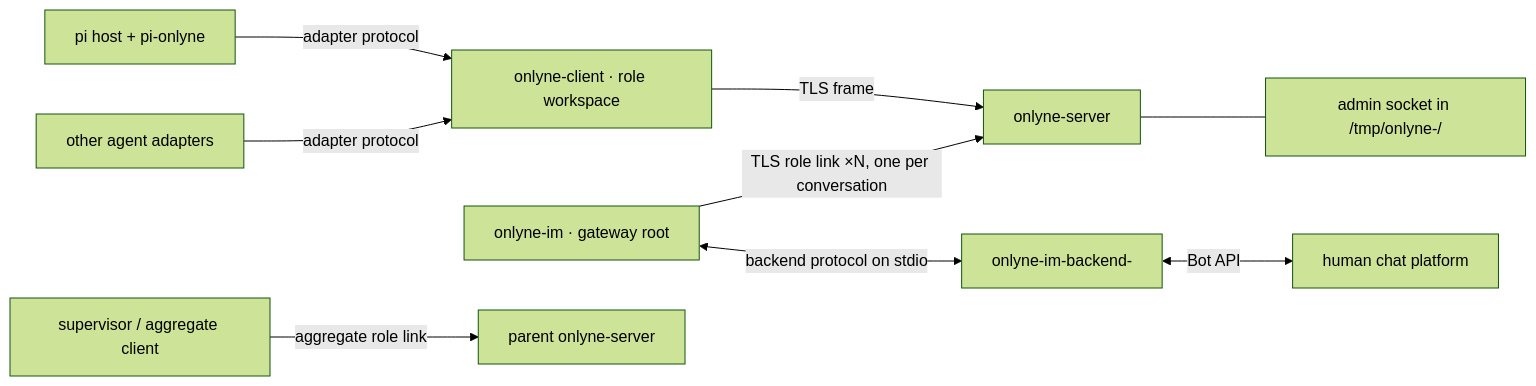
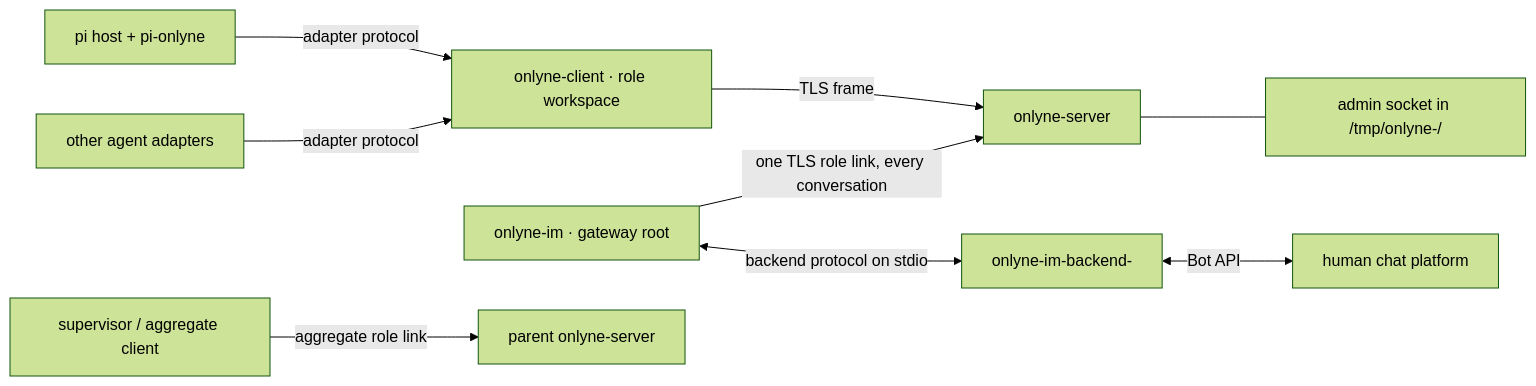
The second of 2 diagrams in README.md (dbydd/onlyne), drawn with Mermaid (forest theme) before and after one commit. The commit also changed other lines of this file and 64 other files, not shown here.

````diff
--- a/README.md
+++ b/README.md
@@ -515,11 +540,11 @@
 ```mermaid
 graph LR
   P[pi host + pi-onlyne] -->|adapter protocol| C[onlyne-client · role workspace]
   A[other agent adapters] -->|adapter protocol| C
   C -->|TLS frame| SRV[onlyne-server]
-  IM[onlyne-im · gateway root] -->|"TLS role link ×N, one per conversation"| SRV
+  IM[onlyne-im · gateway root] -->|"one TLS role link, every conversation"| SRV
   IM <-->|"backend protocol on stdio"| BE[onlyne-im-backend-<platform>]
   BE <-->|Bot API| H[human chat platform]
   SC[supervisor / aggregate client] -->|aggregate role link| PS[parent onlyne-server]
   SRV --- AD[admin socket in /tmp/onlyne-<uid>/]
 ```
````
